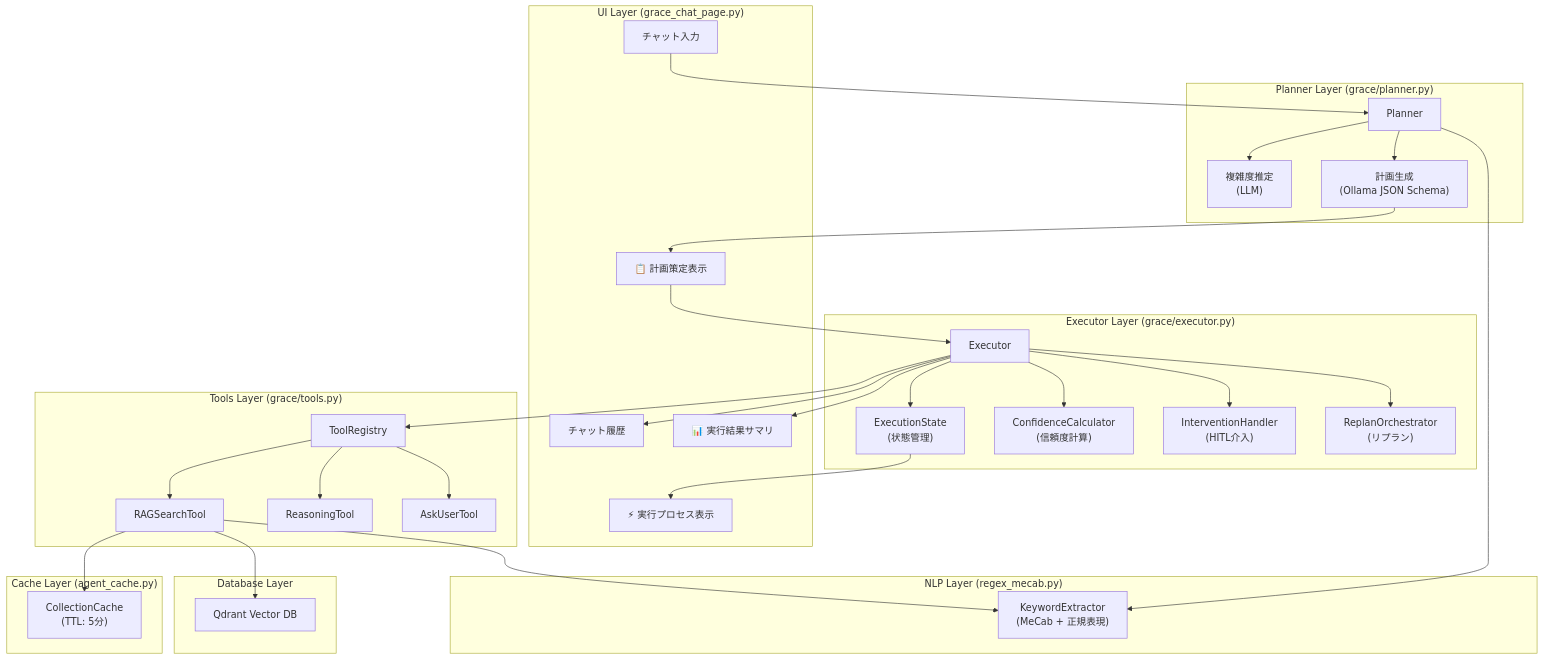
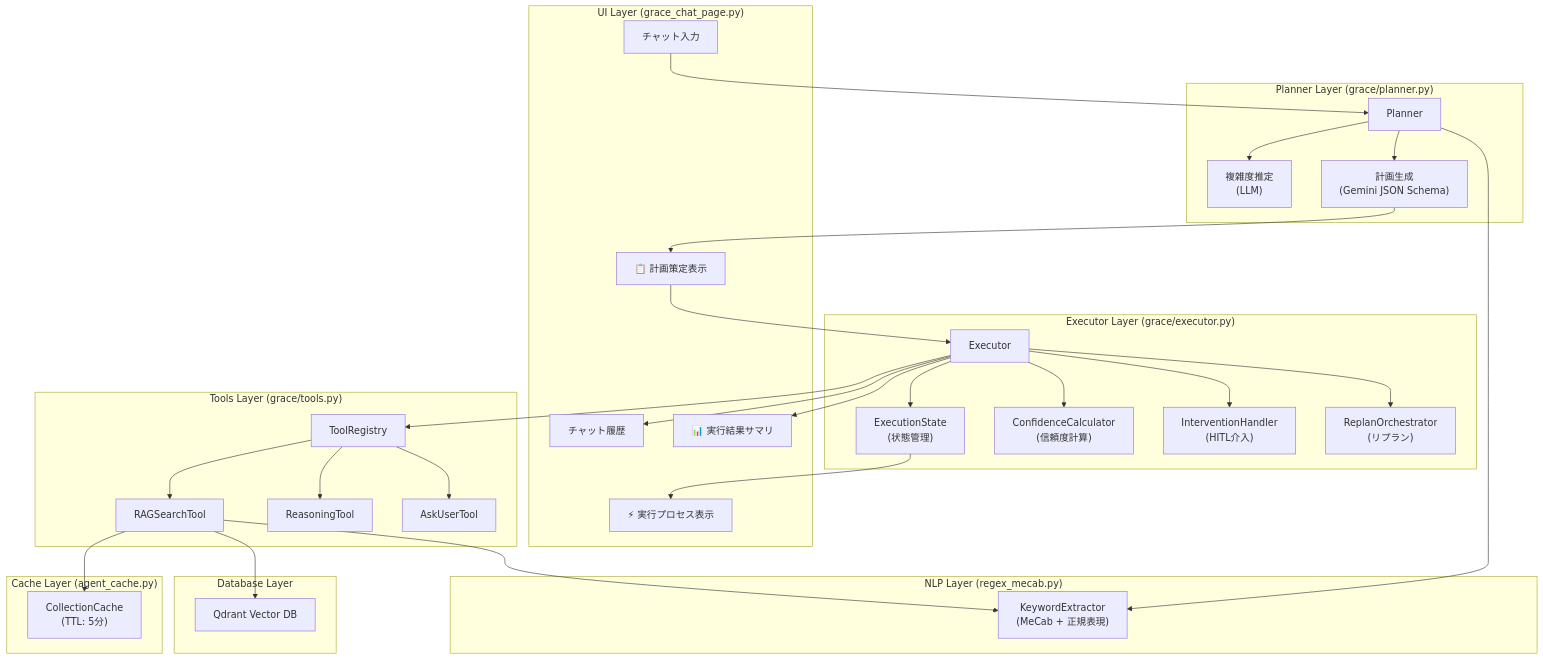
One commit to nakashima2toshio/ollama_grace_agent changed the first of 13 diagrams in README.md. Above: the diagram before and after it, drawn with Mermaid. The commit also changed other lines of this file and 6 other files, not shown here.

````diff
--- a/README.md
+++ b/README.md
@@ -86,64 +86,64 @@
 ```mermaid
 flowchart TB
     subgraph UI["UI Layer (grace_chat_page.py)"]
         ChatInput["チャット入力"]
         ChatHistory["チャット履歴"]
         PlanView["📋 計画策定表示"]
         ExecView["⚡ 実行プロセス表示"]
         ResultView["📊 実行結果サマリ"]
     end
 
     subgraph Planner_Layer["Planner Layer (grace/planner.py)"]
         Planner["Planner"]
         ComplexityEstimator["複雑度推定<br/>(LLM)"]
-        PlanGeneration["計画生成<br/>(Ollama JSON Schema)"]
+        PlanGeneration["計画生成<br/>(Gemini JSON Schema)"]
     end
 
     subgraph Executor_Layer["Executor Layer (grace/executor.py)"]
         Executor["Executor"]
         StateManager["ExecutionState<br/>(状態管理)"]
         ConfCalc["ConfidenceCalculator<br/>(信頼度計算)"]
         IntHandler["InterventionHandler<br/>(HITL介入)"]
         ReplanOrch["ReplanOrchestrator<br/>(リプラン)"]
     end
 
     subgraph Tools["Tools Layer (grace/tools.py)"]
         ToolRegistry["ToolRegistry"]
         RAGSearch["RAGSearchTool"]
         Reasoning["ReasoningTool"]
         AskUser["AskUserTool"]
     end
 
     subgraph Cache["Cache Layer (agent_cache.py)"]
         CollectionCache["CollectionCache<br/>(TTL: 5分)"]
     end
 
     subgraph NLP["NLP Layer (regex_mecab.py)"]
         KeywordExtractor["KeywordExtractor<br/>(MeCab + 正規表現)"]
     end
 
     subgraph DB["Database Layer"]
         Qdrant["Qdrant Vector DB"]
     end
 
     ChatInput --> Planner
     Planner --> ComplexityEstimator
     Planner --> PlanGeneration
     PlanGeneration --> PlanView
     PlanView --> Executor
     Executor --> StateManager
     Executor --> ConfCalc
     Executor --> IntHandler
     Executor --> ReplanOrch
     Executor --> ToolRegistry
     ToolRegistry --> RAGSearch
     ToolRegistry --> Reasoning
     ToolRegistry --> AskUser
     RAGSearch --> CollectionCache
     RAGSearch --> Qdrant
     Planner --> KeywordExtractor
     RAGSearch --> KeywordExtractor
     StateManager --> ExecView
     Executor --> ResultView
     Executor --> ChatHistory
 ```
````
